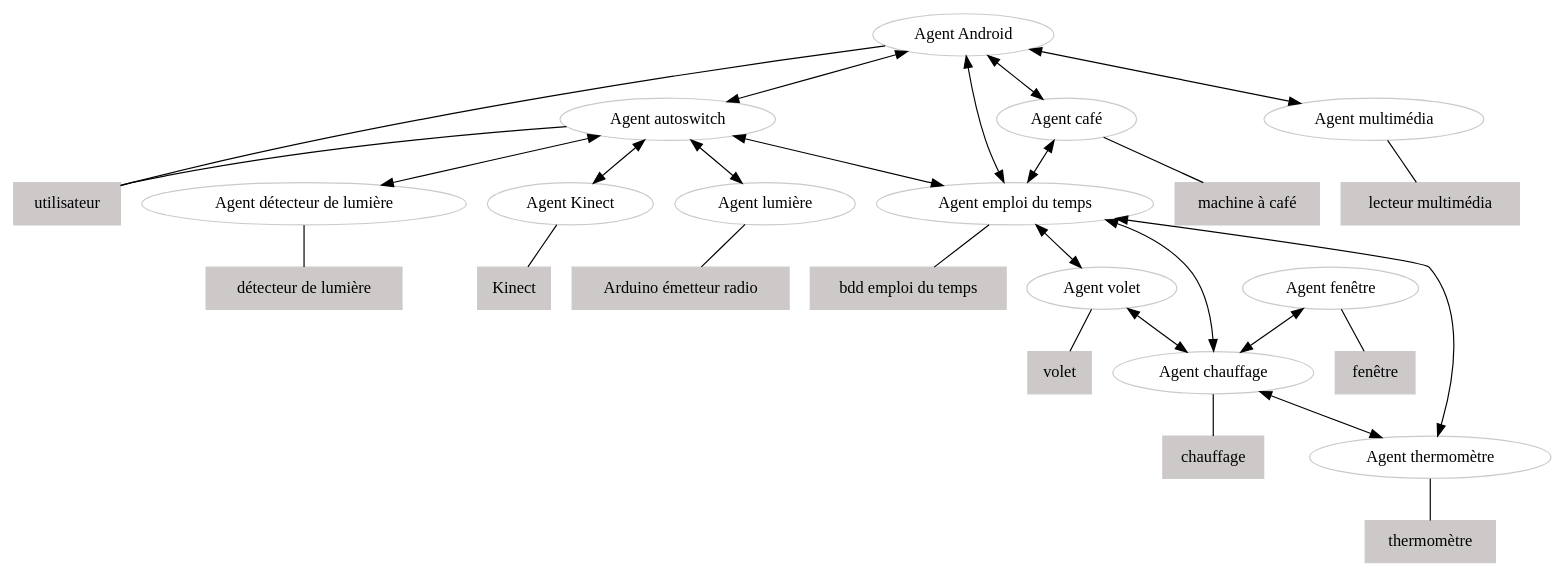
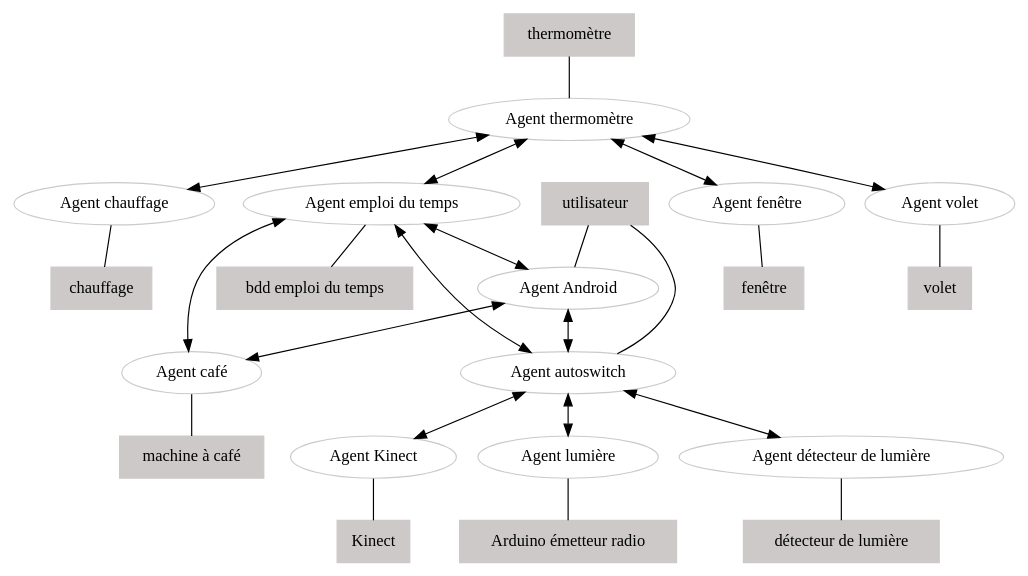
The diagram in agents.dot (IA04Group/SmartHouse), drawn with Graphviz before and after one commit. The commit also changed 1 other file, not shown here.

Commit message:
Mise à jour du diagramme d'agents.

```diff
--- a/agents.dot
+++ b/agents.dot
@@ -1,55 +1,49 @@
 digraph {
     /* Physical process */
     node [shape=box, style=filled, color=snow3];
     user [label="utilisateur"];
     coffee [label="machine à café"];
     dbplanning [label="bdd emploi du temps"];
     kinect [label="Kinect"];
     arduino [label="Arduino émetteur radio"];
     lightsensor [label="détecteur de lumière"];
     window [label="fenêtre"];
     shutter [label="volet"];
     heater [label="chauffage"];
     thermometer [label="thermomètre"];
-    player [label="lecteur multimédia"];
 
     /* Agents */
     node [shape=oval, style=""];
     Aandroid [label="Agent Android"];
     Aautoswitch [label="Agent autoswitch"];
     Acoffee [label="Agent café"];
     Aplanning [label="Agent emploi du temps"];
     Akinect [label="Agent Kinect"];
     Alight [label="Agent lumière"];
     Alightsensor [label="Agent détecteur de lumière"];
+    Atemperature [label="Agent thermomètre"];
     Awindow [label="Agent fenêtre"];
     Ashutter [label="Agent volet"];
     Aheater [label="Agent chauffage"];
-    Atemperature [label="Agent thermomètre"];
-    Aplayer [label="Agent multimédia"];
 
     /* Acquaintance agent <=> physical process */
     edge [arrowhead=none, arrowtail=none];
-    Aandroid -> user;
+    user ->Aandroid;
     Aautoswitch -> user;
     Acoffee -> coffee;
     Aplanning -> dbplanning;
     Akinect -> kinect;
     Alight -> arduino;
     Alightsensor -> lightsensor;
     Awindow -> window;
     Ashutter -> shutter;
     Aheater -> heater;
-    Atemperature -> thermometer;
-    Aplayer -> player;
+    thermometer -> Atemperature;
 
     /* Acquaintance agent <=> agent */
     edge [arrowhead=normal, arrowtail=normal, dir=both];
-    Aandroid -> {Aautoswitch, Acoffee, Aplanning, Aplayer};
-    Aautoswitch -> {Akinect, Alightsensor, Alight, Aplanning};
-    Acoffee -> {Aplanning};
-    Aplanning -> {Ashutter, Aheater, Atemperature};
-    Awindow -> {Aheater};
-    Ashutter -> {Aheater};
-    Aheater -> {Atemperature};
+    Aplanning -> {Acoffee, Aandroid, Aautoswitch}
+    Aandroid -> {Aautoswitch, Acoffee};
+    Aautoswitch -> {Akinect, Alightsensor, Alight};
+    Atemperature -> {Aplanning, Awindow, Ashutter, Aheater};
 }
```
